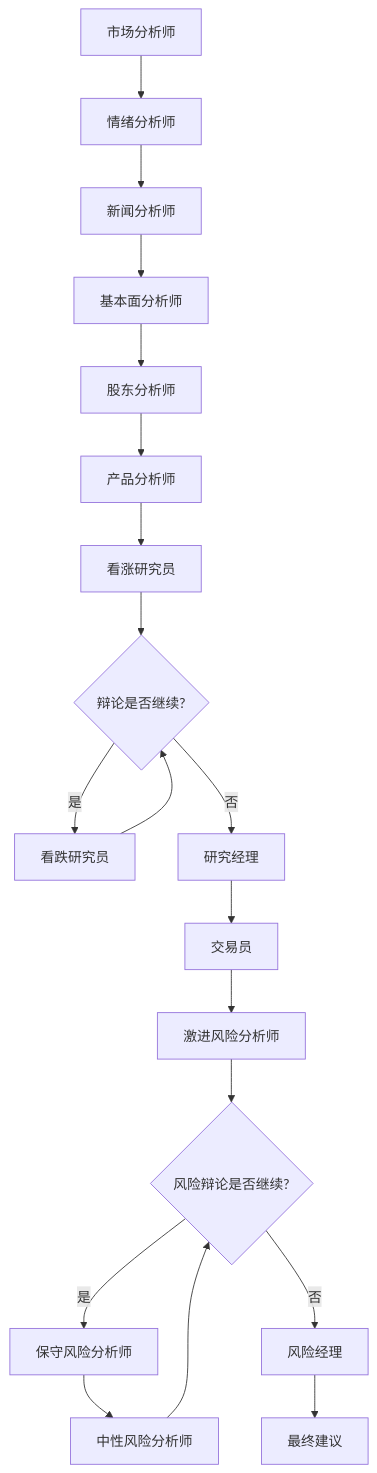
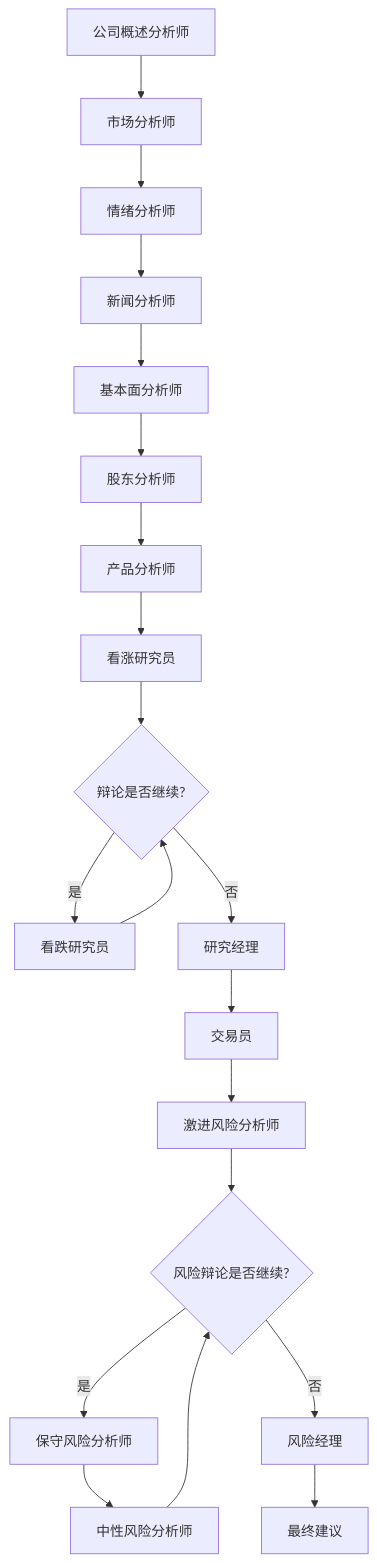
One commit to guangxiangdebizi/TradingAgents-MCPmode changed the diagram in README.md. Above: the diagram before and after it, drawn with Mermaid. The commit also changed other lines of this file and 10 other files, not shown here.

````diff
--- a/README.md
+++ b/README.md
@@ -56,21 +57,22 @@
 ```mermaid
 graph TD
-    A[市场分析师] --> B[情绪分析师]
-    B --> C[新闻分析师]
-    C --> D[基本面分析师]
-    D --> E[股东分析师]
-    E --> F[产品分析师]
-    F --> G[看涨研究员]
-    G --> H{辩论是否继续?}
-    H -->|是| I[看跌研究员]
-    I --> H
-    H -->|否| J[研究经理]
-    J --> K[交易员]
-    K --> L[激进风险分析师]
-    L --> M{风险辩论是否继续?}
-    M -->|是| N[保守风险分析师]
-    N --> O[中性风险分析师]
-    O --> M
-    M -->|否| P[风险经理]
-    P --> Q[最终建议]
+    A[公司概述分析师] --> B[市场分析师]
+    B --> C[情绪分析师]
+    C --> D[新闻分析师]
+    D --> E[基本面分析师]
+    E --> F[股东分析师]
+    F --> G[产品分析师]
+    G --> H[看涨研究员]
+    H --> I{辩论是否继续?}
+    I -->|是| J[看跌研究员]
+    J --> I
+    I -->|否| K[研究经理]
+    K --> L[交易员]
+    L --> M[激进风险分析师]
+    M --> N{风险辩论是否继续?}
+    N -->|是| O[保守风险分析师]
+    O --> P[中性风险分析师]
+    P --> N
+    N -->|否| Q[风险经理]
+    Q --> R[最终建议]
 ```
````
